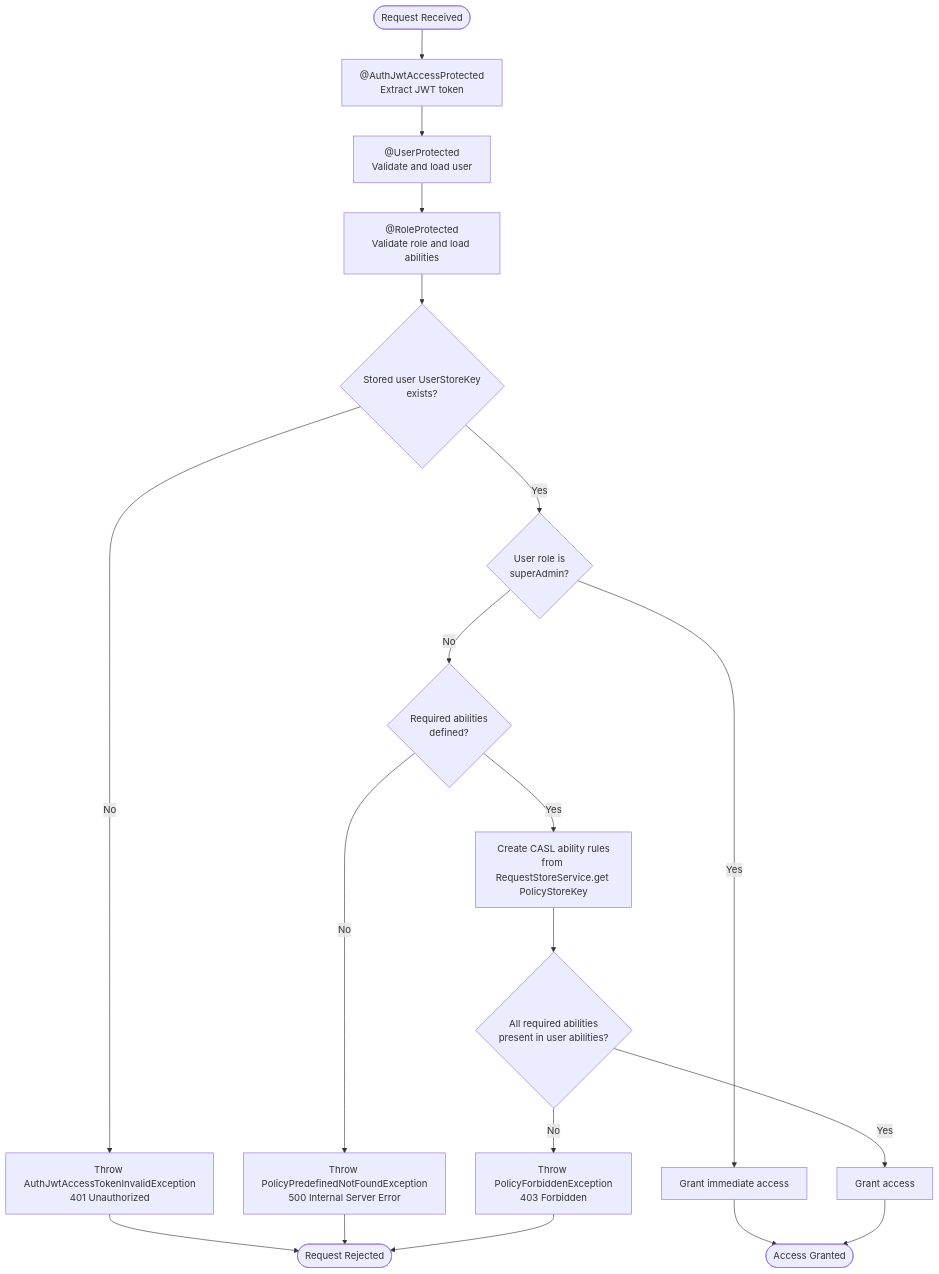
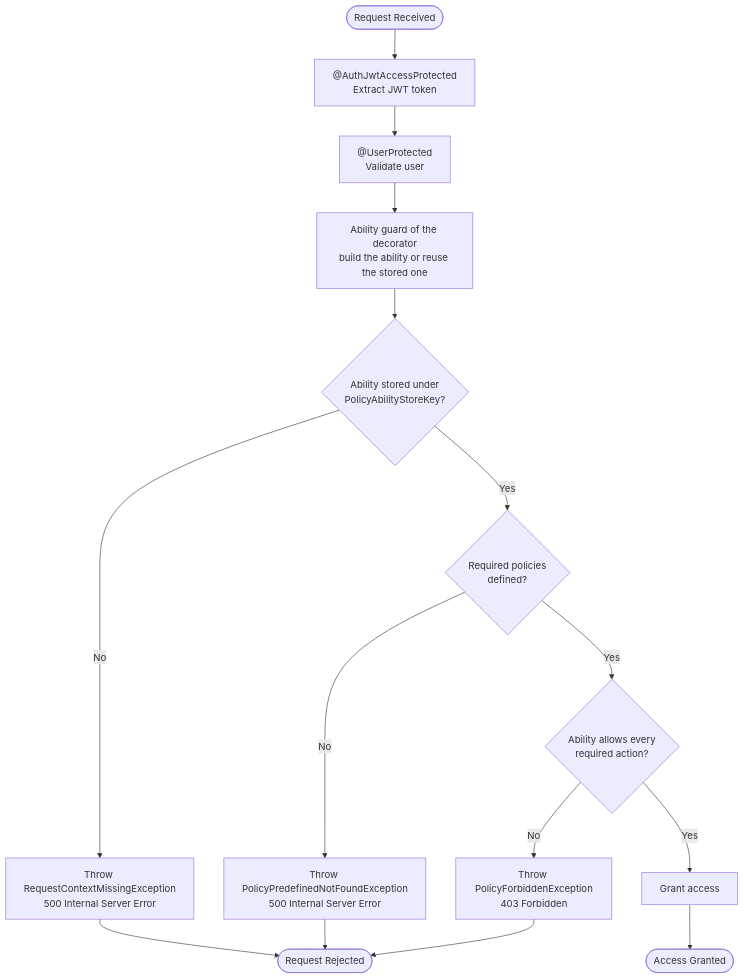
Before and after one commit to andrechristikan/ack-nestjs-boilerplate: the third of 5 diagrams in docs/authorization.md, drawn with Mermaid. The commit also changed other lines of this file and 303 other files, not shown here.

Commit message:
feat(policy): add the casl v7 policy model, guards, and decorators

````diff
--- a/docs/authorization.md
+++ b/docs/authorization.md
@@ -413,28 +379,22 @@
 ```mermaid
 flowchart TD
     Start([Request Received]) --> JwtGuard[ @AuthJwtAccessProtected<br/>Extract JWT token]
-    JwtGuard --> UserGuard[ @UserProtected<br/>Validate and load user]
-    UserGuard --> RoleGuard[ @RoleProtected<br/>Validate role and load abilities]
-    RoleGuard --> CheckUser{Stored user UserStoreKey<br/>exists?}
-    
-    CheckUser -->|No| ErrorUser[Throw AuthJwtAccessTokenInvalidException<br/>401 Unauthorized]
-    CheckUser -->|Yes| CheckSuperAdmin{User role is<br/>superAdmin?}
-    
-    CheckSuperAdmin -->|Yes| GrantSuperAdmin[Grant immediate access]
-    CheckSuperAdmin -->|No| CheckRequired{Required abilities<br/>defined?}
-    
+    JwtGuard --> UserGuard[ @UserProtected<br/>Validate user]
+    UserGuard --> AbilityGuard[ Ability guard of the decorator<br/>build the ability or reuse the stored one]
+    AbilityGuard --> CheckAbility{Ability stored under<br/>PolicyAbilityStoreKey?}
+
+    CheckAbility -->|No| ErrorCtx[Throw RequestContextMissingException<br/>500 Internal Server Error]
+    CheckAbility -->|Yes| CheckRequired{Required policies<br/>defined?}
+
     CheckRequired -->|No| ErrorPredefined[Throw PolicyPredefinedNotFoundException<br/>500 Internal Server Error]
-    CheckRequired -->|Yes| CreateAbilities[Create CASL ability rules<br/>from RequestStoreService.get PolicyStoreKey]
-    
-    CreateAbilities --> ValidateAbilities{All required abilities<br/>present in user abilities?}
-    
+    CheckRequired -->|Yes| ValidateAbilities{Ability allows every<br/>required action?}
+
     ValidateAbilities -->|No| ErrorForbidden[Throw PolicyForbiddenException<br/>403 Forbidden]
     ValidateAbilities -->|Yes| GrantAccess[Grant access]
-    
-    GrantSuperAdmin --> Success([Access Granted])
-    GrantAccess --> Success
-    
-    ErrorUser --> End([Request Rejected])
+
+    GrantAccess --> Success([Access Granted])
+
+    ErrorCtx --> End([Request Rejected])
     ErrorPredefined --> End
     ErrorForbidden --> End
 ```
````
